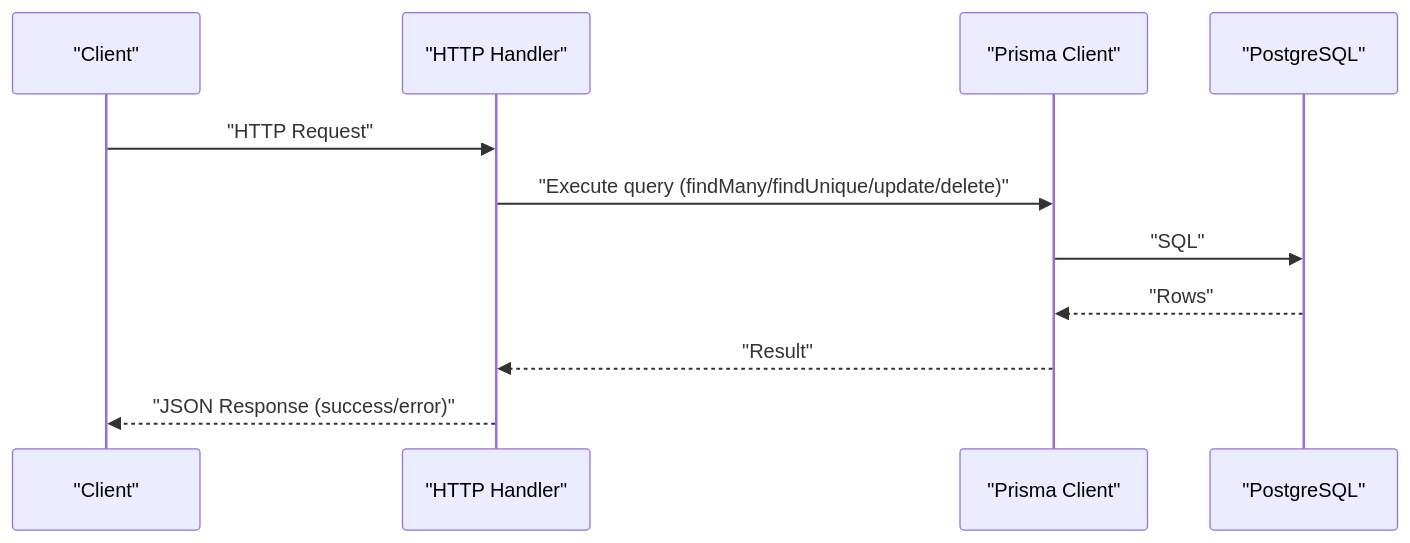
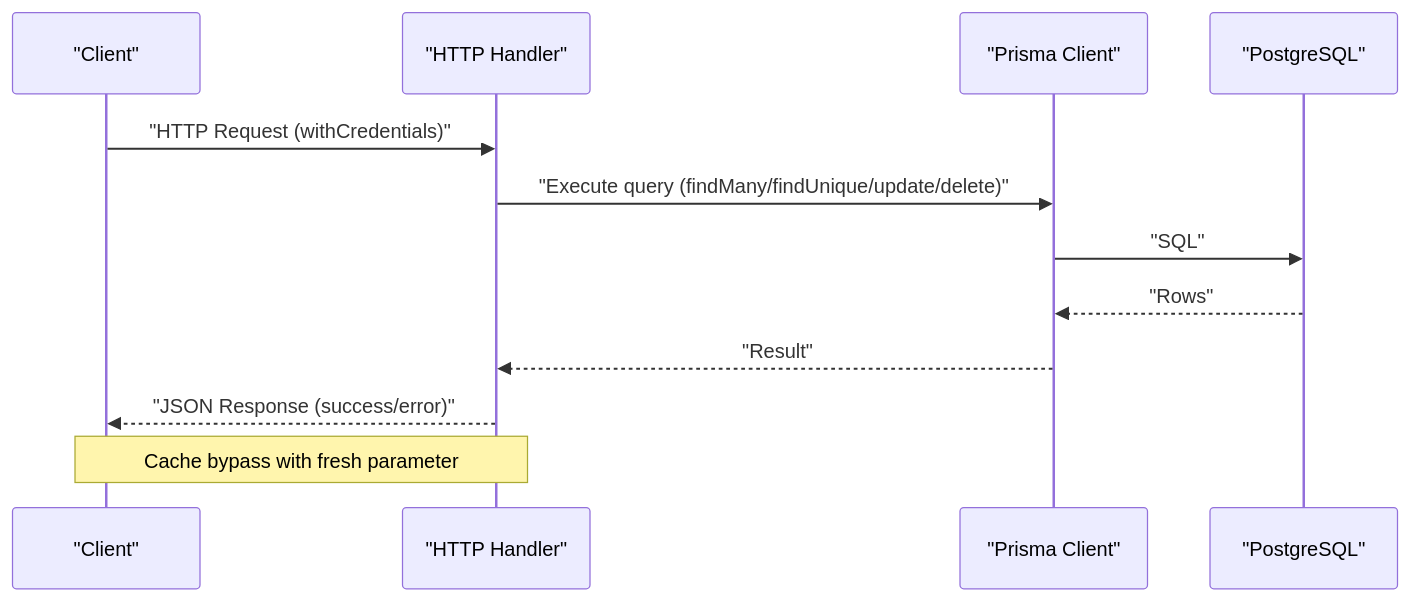
Before and after one commit to celebigilfatih/infrascope: the second of 3 diagrams in .qoder/repowiki/en/content/API Endpoints & Services/Core API Endpoints.md, drawn with Mermaid. The commit also changed other lines of this file and 13 other files, not shown here.

````diff
--- a/.qoder/repowiki/en/content/API Endpoints & Services/Core API Endpoints.md
+++ b/.qoder/repowiki/en/content/API Endpoints & Services/Core API Endpoints.md
@@ -130,13 +141,14 @@
 ```mermaid
 sequenceDiagram
 participant C as "Client"
 participant H as "HTTP Handler"
 participant P as "Prisma Client"
 participant DB as "PostgreSQL"
-C->>H : "HTTP Request"
+C->>H : "HTTP Request (withCredentials)"
 H->>P : "Execute query (findMany/findUnique/update/delete)"
 P->>DB : "SQL"
 DB-->>P : "Rows"
 P-->>H : "Result"
 H-->>C : "JSON Response (success/error)"
+Note over C,H : Cache bypass with fresh parameter
 ```
````
